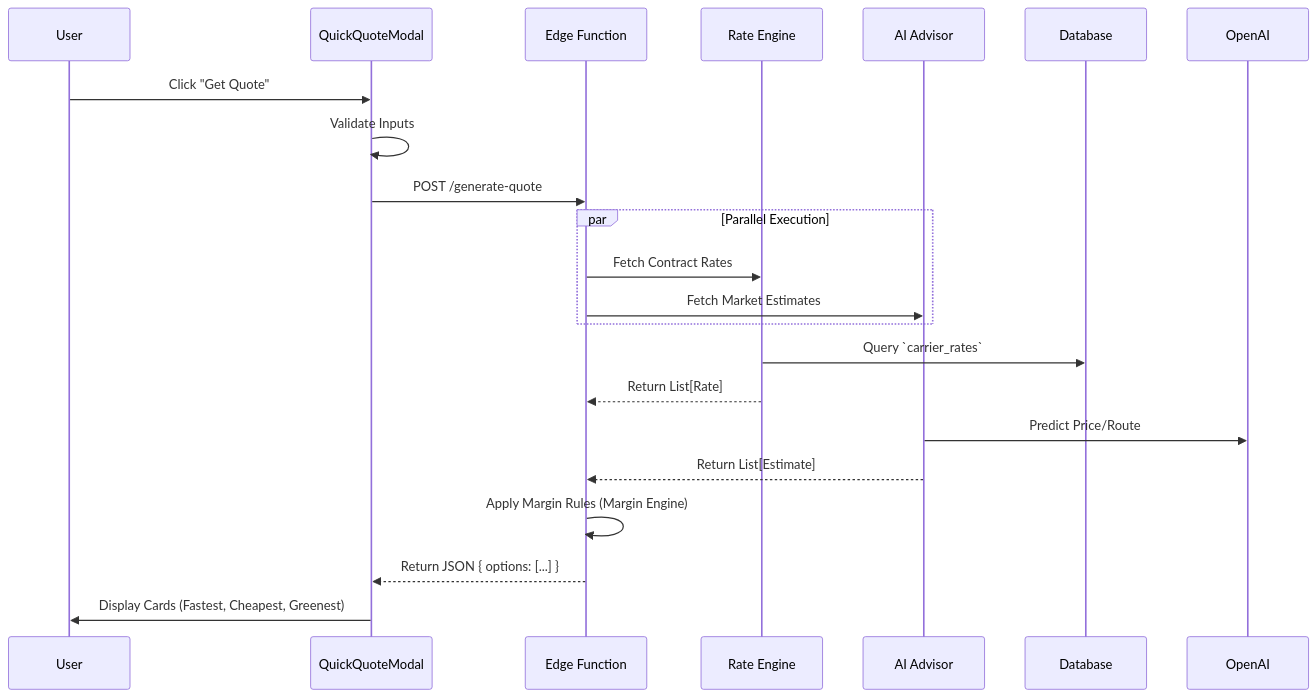
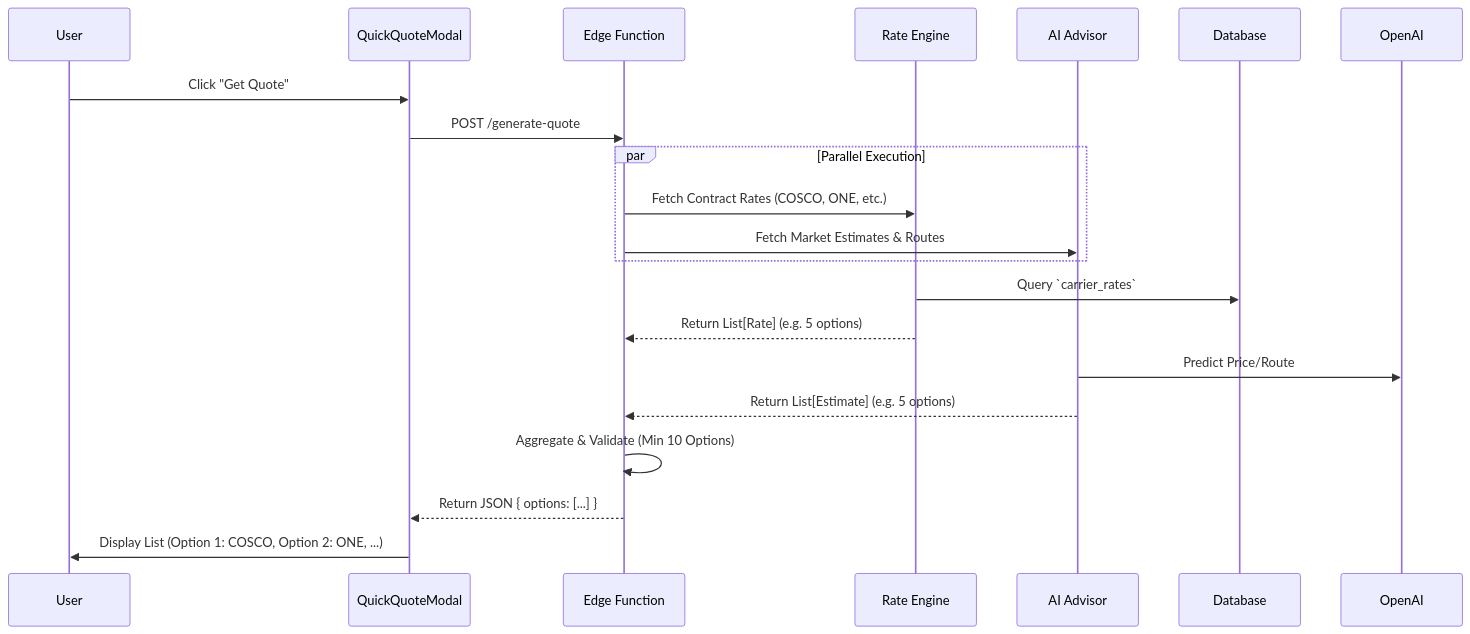
One commit to vageesha-vaishya/logic-nexus-ai changed the third of 3 diagrams in docs/Quote/quotation-management-guide.md. Above: the diagram before and after it, drawn with Mermaid. The commit also changed other lines of this file and 19 other files, not shown here.

````diff
--- a/docs/Quote/quotation-management-guide.md
+++ b/docs/Quote/quotation-management-guide.md
@@ -127,29 +130,28 @@
 ```mermaid
 sequenceDiagram
     participant User
     participant UI as QuickQuoteModal
     participant API as Edge Function
     participant RE as Rate Engine
     participant AI as AI Advisor
     participant DB as Database
 
     User->>UI: Click "Get Quote"
-    UI->>UI: Validate Inputs
     UI->>API: POST /generate-quote
     
     par Parallel Execution
-        API->>RE: Fetch Contract Rates
-        API->>AI: Fetch Market Estimates
+        API->>RE: Fetch Contract Rates (COSCO, ONE, etc.)
+        API->>AI: Fetch Market Estimates & Routes
     end
     
     RE->>DB: Query `carrier_rates`
-    RE-->>API: Return List[Rate]
+    RE-->>API: Return List[Rate] (e.g. 5 options)
     
     AI->>OpenAI: Predict Price/Route
-    AI-->>API: Return List[Estimate]
+    AI-->>API: Return List[Estimate] (e.g. 5 options)
     
-    API->>API: Apply Margin Rules (Margin Engine)
+    API->>API: Aggregate & Validate (Min 10 Options)
     API-->>UI: Return JSON { options: [...] }
     
-    UI->>User: Display Cards (Fastest, Cheapest, Greenest)
+    UI->>User: Display List (Option 1: COSCO, Option 2: ONE, ...)
 ```
````
